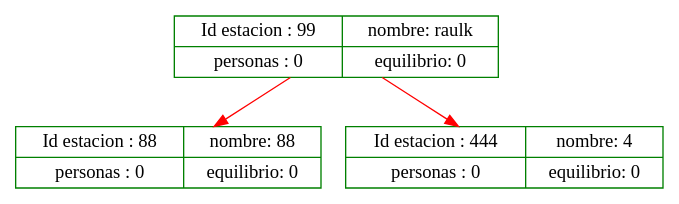
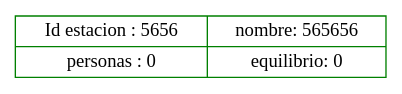
Before and after one commit to raul200920117/Proyecto1s22015_200920117: the diagram in web/images/AVLgeneral.dot, drawn with Graphviz. The commit also changed 17 other files, not shown here.

```diff
--- a/web/images/AVLgeneral.dot
+++ b/web/images/AVLgeneral.dot
@@ -1,9 +1,5 @@
 digraph g { 
-nod88 [shape=record ,color="green", label= " { Id estacion : 88 |  personas : 0 } | { nombre: 88| equilibrio: 0 }  "] ; 
-nod99 [shape=record ,color="green", label= " { Id estacion : 99 |  personas : 0 } | { nombre: raulk| equilibrio: 0 }  "] ; 
-nod444 [shape=record ,color="green", label= " { Id estacion : 444 |  personas : 0 } | { nombre: 4| equilibrio: 0 }  "] ; 
+nod5656 [shape=record ,color="green", label= " { Id estacion : 5656 |  personas : 0 } | { nombre: 565656| equilibrio: 0 }  "] ; 
 
-nod99 -> nod88 [color = red] ; 
-nod99 -> nod444 [color = red] ; 
 
 } 
```
